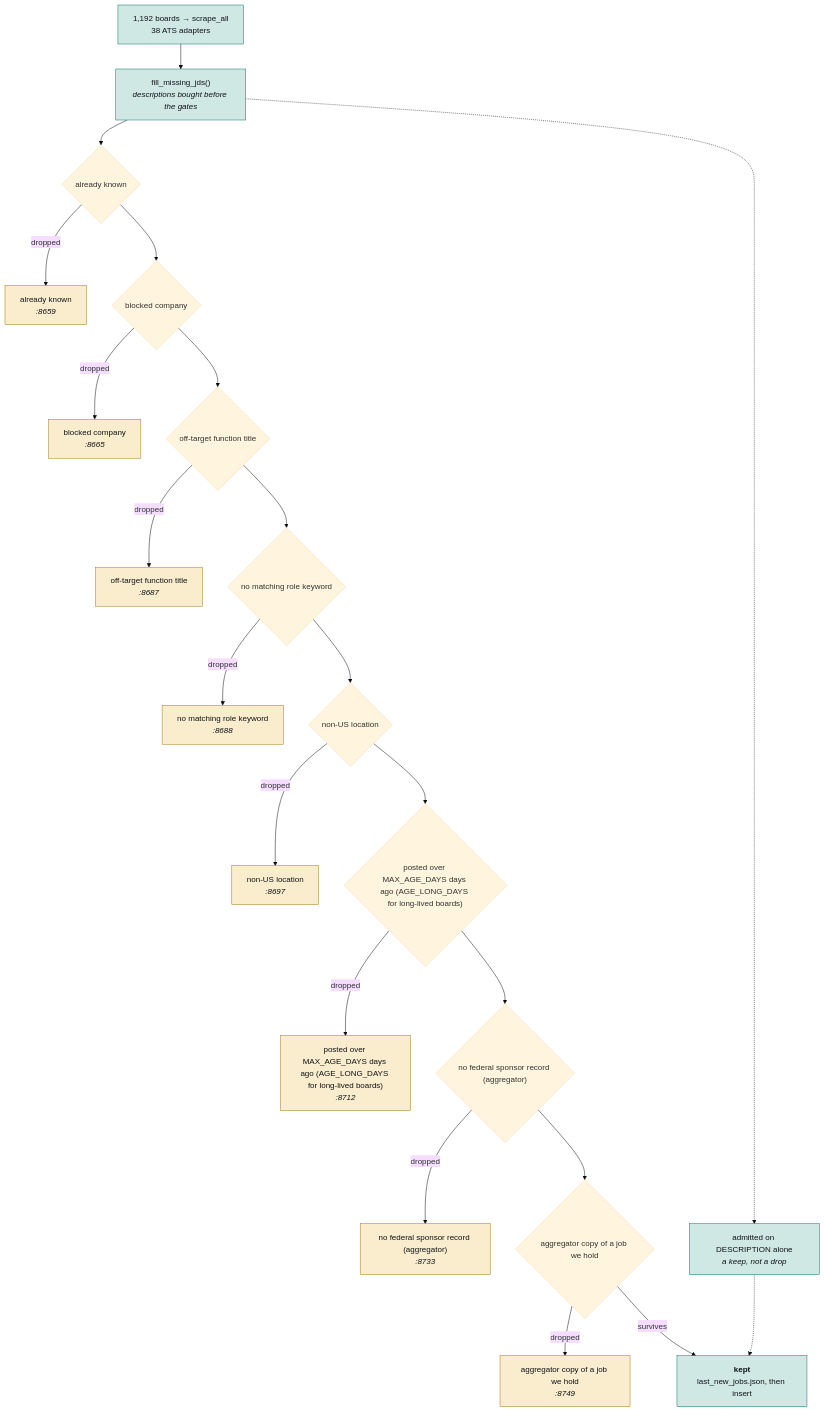
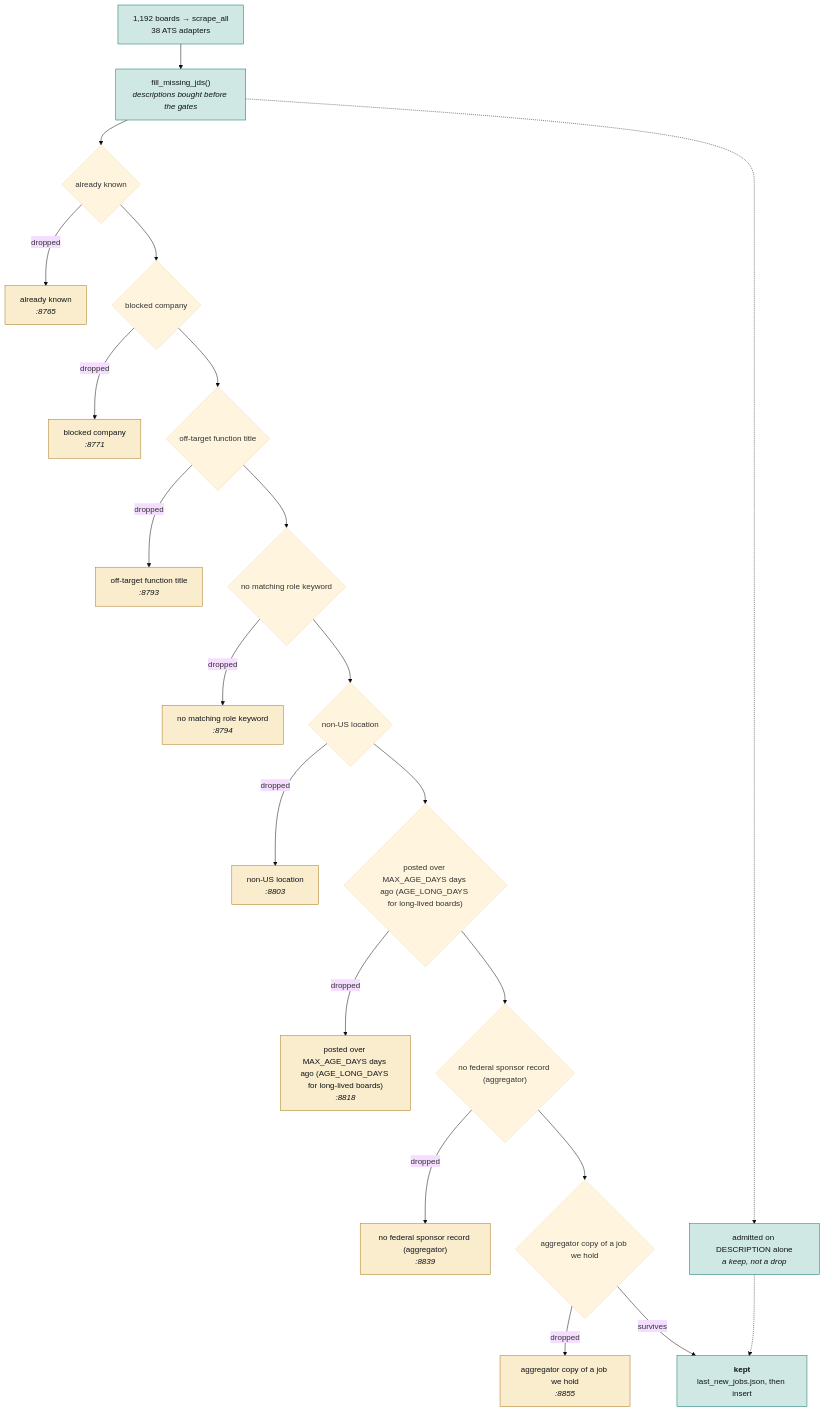
Before and after one commit to hadakunal909-debug/job-search-tool: the second of 4 diagrams in JobMatch Scraper/docs/ARCHITECTURE.md, drawn with Mermaid (base theme). The commit also changed other lines of this file and 6 other files, not shown here.

````diff
--- a/JobMatch Scraper/docs/ARCHITECTURE.md
+++ b/JobMatch Scraper/docs/ARCHITECTURE.md
@@ -106,54 +106,54 @@
 ```mermaid
 flowchart TB
   SRC["1,192 boards → scrape_all<br/>38 ATS adapters"]
   JD["fill_missing_jds()<br/><i>descriptions bought before the gates</i>"]
   SRC --> JD
   G0{"already known"}
-  D0["already known<br/><i>:8659</i>"]
+  D0["already known<br/><i>:8765</i>"]
   JD --> G0
   G0 -->|dropped| D0
   class D0 trap
   G1{"blocked company"}
-  D1["blocked company<br/><i>:8665</i>"]
+  D1["blocked company<br/><i>:8771</i>"]
   G0 --> G1
   G1 -->|dropped| D1
   class D1 trap
   G2{"off-target function title"}
-  D2["off-target function title<br/><i>:8687</i>"]
+  D2["off-target function title<br/><i>:8793</i>"]
   G1 --> G2
   G2 -->|dropped| D2
   class D2 trap
   G3{"no matching role keyword"}
-  D3["no matching role keyword<br/><i>:8688</i>"]
+  D3["no matching role keyword<br/><i>:8794</i>"]
   G2 --> G3
   G3 -->|dropped| D3
   class D3 trap
   G4{"non-US location"}
-  D4["non-US location<br/><i>:8697</i>"]
+  D4["non-US location<br/><i>:8803</i>"]
   G3 --> G4
   G4 -->|dropped| D4
   class D4 trap
   G5{"posted over MAX_AGE_DAYS days ago (AGE_LONG_DAYS for long-lived boards)"}
-  D5["posted over MAX_AGE_DAYS days ago (AGE_LONG_DAYS for long-lived boards)<br/><i>:8712</i>"]
+  D5["posted over MAX_AGE_DAYS days ago (AGE_LONG_DAYS for long-lived boards)<br/><i>:8818</i>"]
   G4 --> G5
   G5 -->|dropped| D5
   class D5 trap
   G6{"no federal sponsor record (aggregator)"}
-  D6["no federal sponsor record (aggregator)<br/><i>:8733</i>"]
+  D6["no federal sponsor record (aggregator)<br/><i>:8839</i>"]
   G5 --> G6
   G6 -->|dropped| D6
   class D6 trap
   G7{"aggregator copy of a job we hold"}
-  D7["aggregator copy of a job we hold<br/><i>:8749</i>"]
+  D7["aggregator copy of a job we hold<br/><i>:8855</i>"]
   G6 --> G7
   G7 -->|dropped| D7
   class D7 trap
   KEEP["<b>kept</b><br/>last_new_jobs.json, then insert"]
   G7 -->|survives| KEEP
   RESCUE["admitted on DESCRIPTION alone<br/><i>a keep, not a drop</i>"]
   JD -.-> RESCUE
   RESCUE -.-> KEEP
   classDef trap fill:#f9edcd,stroke:#a8781a,color:#101319
   classDef sched fill:#cfe8e3,stroke:#0f766e,color:#101319
   class SRC,JD,KEEP,RESCUE sched
 ```
````
